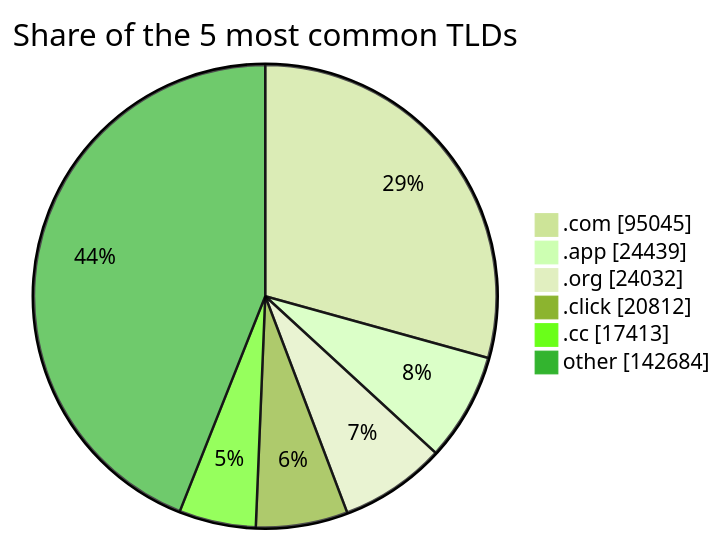
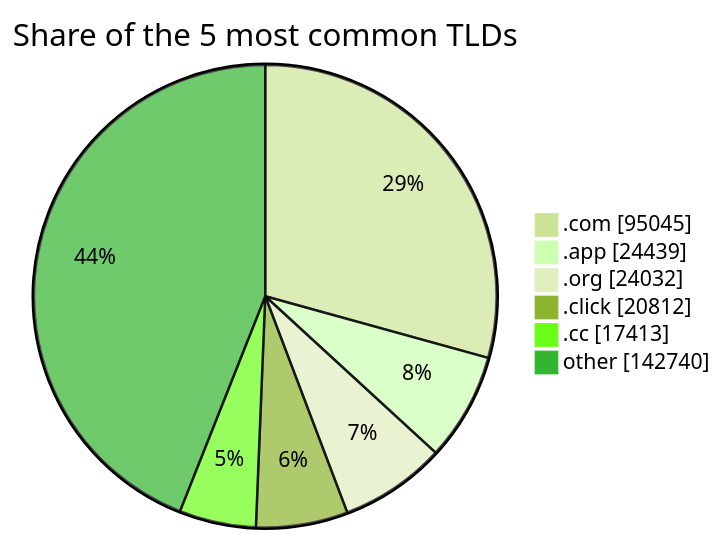
One commit to DNSBunker/CTI changed the third of 3 diagrams in README.md. Above: the diagram before and after it, drawn with Mermaid (forest theme). The commit also changed other lines of this file and 4 other files, not shown here.

````diff
--- a/README.md
+++ b/README.md
@@ -81,9 +81,9 @@
 ```mermaid
 pie showData title Share of the 5 most common TLDs
     ".com" : 95045
     ".app" : 24439
     ".org" : 24032
     ".click" : 20812
     ".cc" : 17413
-    "other" : 142684
+    "other" : 142740
 ```
````
